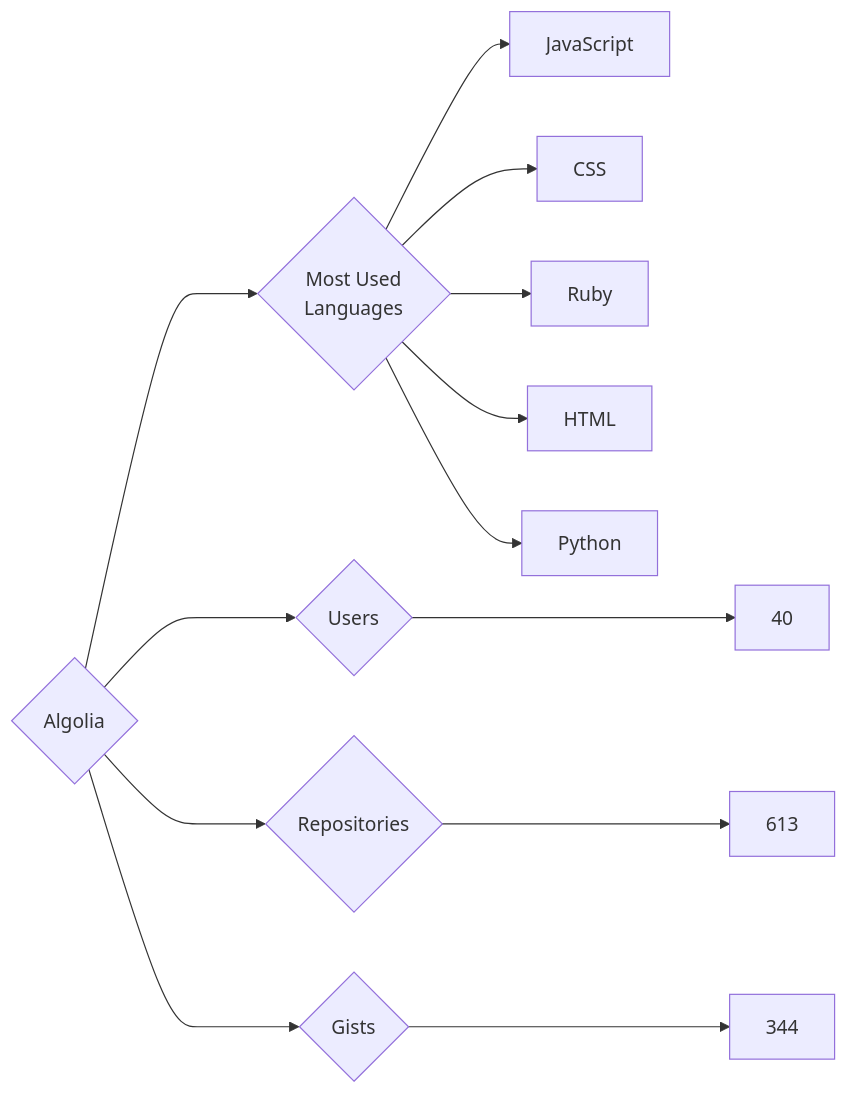
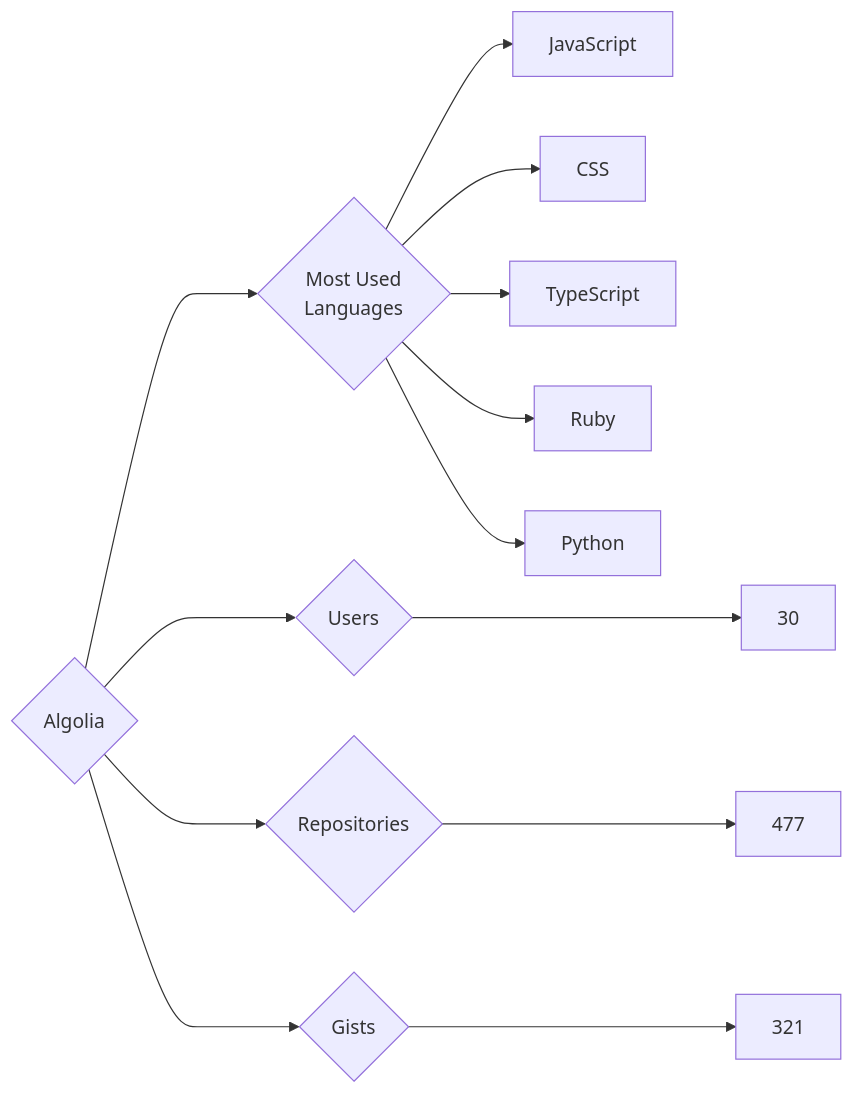
One commit to trickest/insiders changed the diagram in targets/Algolia/README.md. Above: the diagram before and after it, drawn with Mermaid. The commit also changed 636 other files, not shown here.

````diff
--- a/targets/Algolia/README.md
+++ b/targets/Algolia/README.md
@@ -3,13 +3,13 @@
 ```mermaid
 graph LR
 COMPANY_NAME{Algolia}
-COMPANY_NAME ---> U{Users} ---> UN[40]
-COMPANY_NAME ---> R{Repositories} ---> RN[613]
-COMPANY_NAME ---> G{Gists} ---> GN[344]
+COMPANY_NAME ---> U{Users} ---> UN[30]
+COMPANY_NAME ---> R{Repositories} ---> RN[477]
+COMPANY_NAME ---> G{Gists} ---> GN[321]
 COMPANY_NAME ---> ML{Most Used<br>Languages}
 ML --> JavaScript[JavaScript]
 ML --> CSS[CSS]
+ML --> TypeScript[TypeScript]
 ML --> Ruby[Ruby]
-ML --> HTML[HTML]
 ML --> Python[Python]
 ```
````
